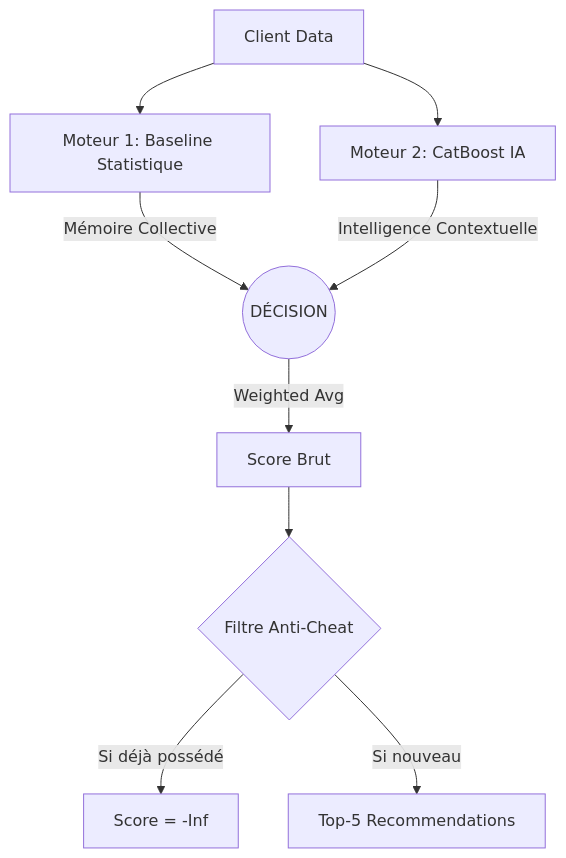
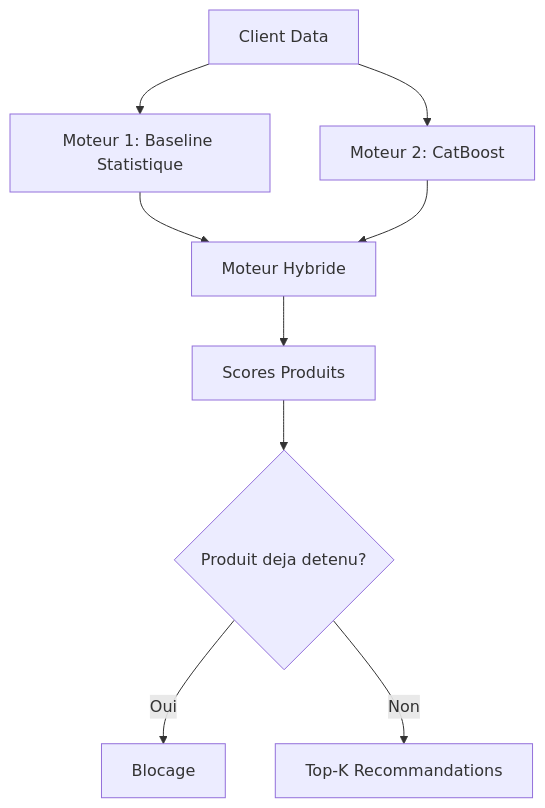
The third of 4 diagrams in README.md (BeediGoua/Insurance_product_recommender), drawn with Mermaid before and after one commit. The commit also changed other lines of this file and 16 other files, not shown here.

````diff
--- a/README.md
+++ b/README.md
@@ -57,13 +226,11 @@
 ```mermaid
 flowchart TB
     Input[Client Data] --> Stats[Moteur 1: Baseline Statistique]
-    Input --> AI[Moteur 2: CatBoost IA]
-    
-    Stats -- "Mémoire Collective" --> Hybrid((DÉCISION))
-    AI -- "Intelligence Contextuelle" --> Hybrid
-    
-    Hybrid -- "Weighted Avg" --> Final[Score Brut]
-    Final --> Rules{Filtre Anti-Cheat}
-    Rules -- "Si déjà possédé" --> Reject[Score = -Inf]
-    Rules -- "Si nouveau" --> TopK[Top-5 Recommendations]
+    Input --> AI[Moteur 2: CatBoost]
+    Stats --> Hybrid[Moteur Hybride]
+    AI --> Hybrid
+    Hybrid --> Final[Scores Produits]
+    Final --> Rules{Produit deja detenu?}
+    Rules -->|Oui| Reject[Blocage]
+    Rules -->|Non| TopK[Top-K Recommandations]
 ```
````
